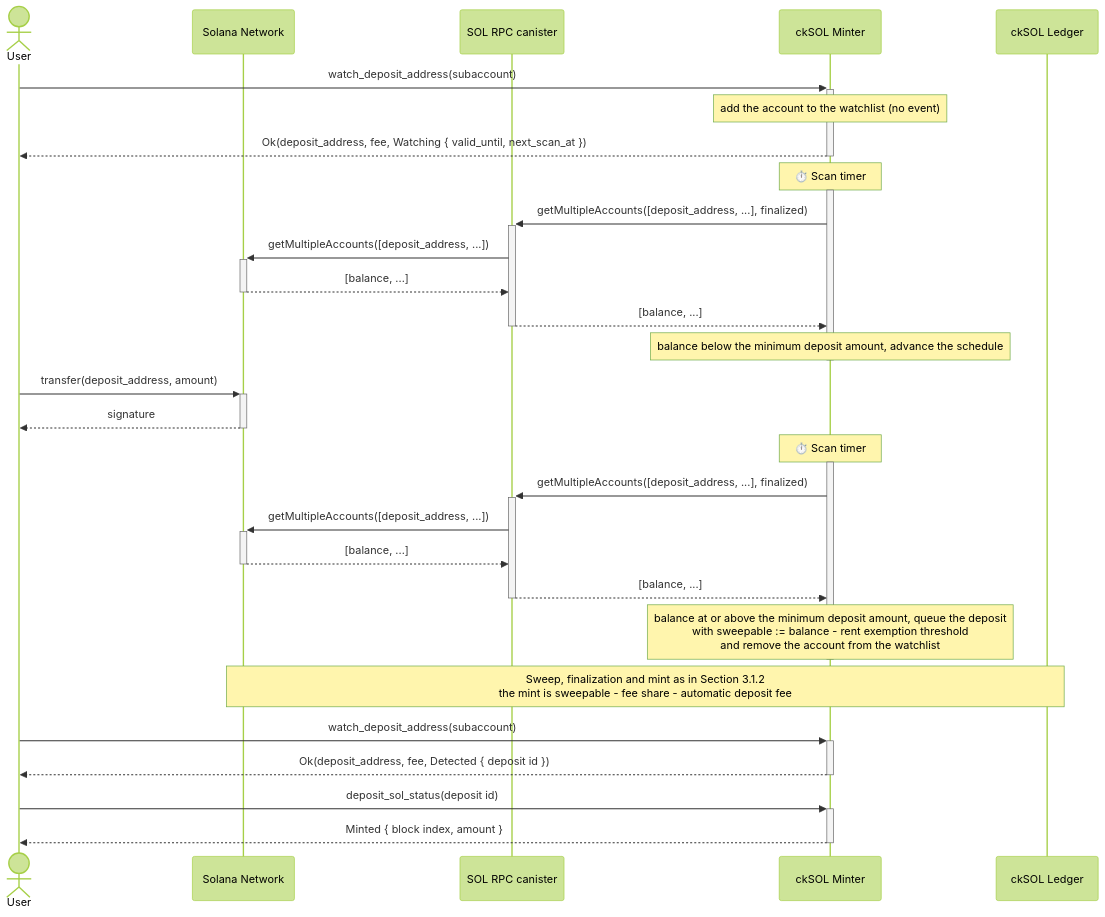
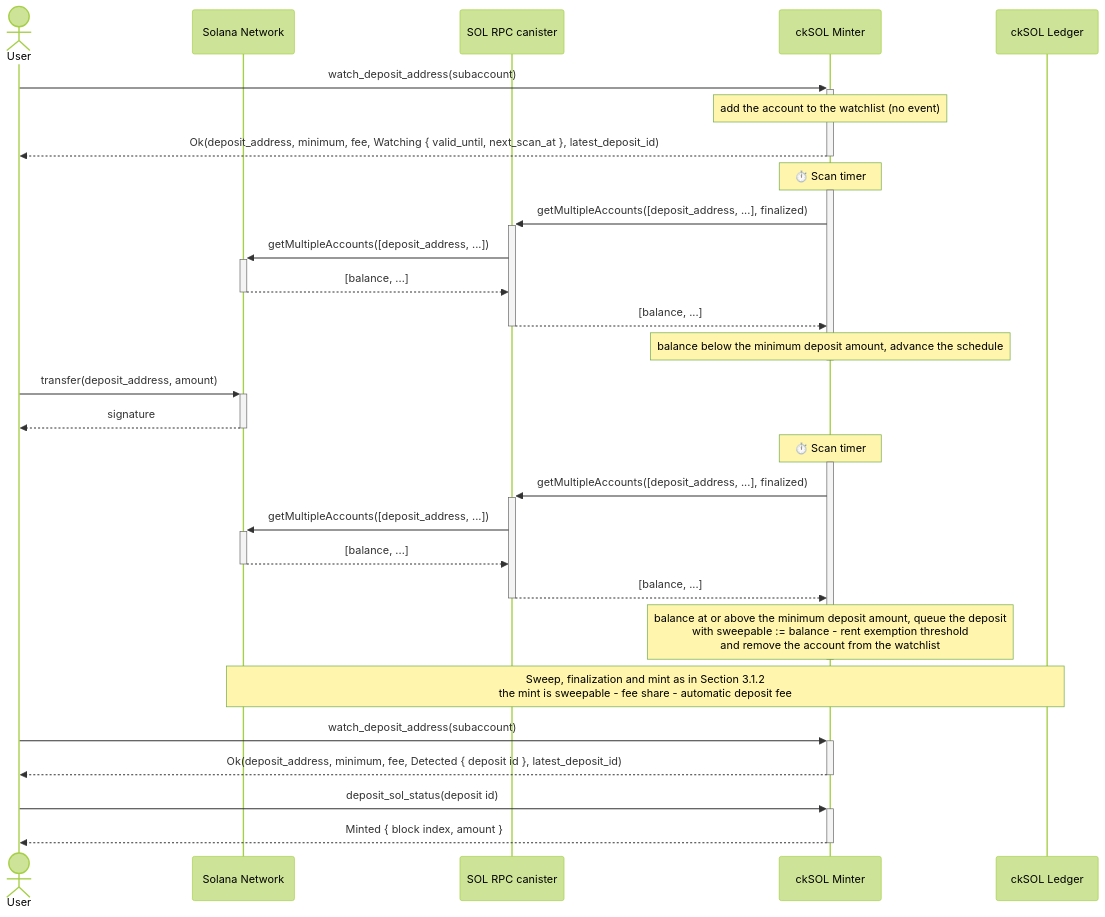
The second of 9 diagrams in docs/src/development/design.md (dfinity/cksol), drawn with Mermaid (forest theme) before and after one commit. The commit also changed other lines of this file, not shown here.

Commit message:
docs(design): align the diagram, the delay sentence and the minimum example with the automatic flow

````diff
--- a/docs/src/development/design.md
+++ b/docs/src/development/design.md
@@ -93,40 +93,40 @@
 ```mermaid
 sequenceDiagram
     actor User
     participant Solana as Solana Network
     participant RPC as SOL RPC canister
     participant Minter as ckSOL Minter
     participant Ledger as ckSOL Ledger
 
     User->>+Minter: watch_deposit_address(subaccount)
     Note over Minter: add the account to the watchlist (no event)
-    Minter-->>-User: Ok(deposit_address, fee, Watching { valid_until, next_scan_at })
+    Minter-->>-User: Ok(deposit_address, minimum, fee, Watching { valid_until, next_scan_at }, latest_deposit_id)
 
     Note over Minter: ⏱️ Scan timer
     activate Minter
     Minter->>+RPC: getMultipleAccounts([deposit_address, ...], finalized)
     RPC->>+Solana: getMultipleAccounts([deposit_address, ...])
     Solana-->>-RPC: [balance, ...]
     RPC-->>-Minter: [balance, ...]
     Note over Minter: balance below the minimum deposit amount, advance the schedule
     deactivate Minter
 
     User->>+Solana: transfer(deposit_address, amount)
     Solana-->>-User: signature
 
     Note over Minter: ⏱️ Scan timer
     activate Minter
     Minter->>+RPC: getMultipleAccounts([deposit_address, ...], finalized)
     RPC->>+Solana: getMultipleAccounts([deposit_address, ...])
     Solana-->>-RPC: [balance, ...]
     RPC-->>-Minter: [balance, ...]
     Note over Minter: balance at or above the minimum deposit amount, queue the deposit<br/>with sweepable := balance - rent exemption threshold<br/>and remove the account from the watchlist
     deactivate Minter
 
     Note over Solana,Ledger: Sweep, finalization and mint as in Section 3.1.2<br/>the mint is sweepable - fee share - automatic deposit fee
 
     User->>+Minter: watch_deposit_address(subaccount)
-    Minter-->>-User: Ok(deposit_address, fee, Detected { deposit id })
+    Minter-->>-User: Ok(deposit_address, minimum, fee, Detected { deposit id }, latest_deposit_id)
     User->>+Minter: deposit_sol_status(deposit id)
     Minter-->>-User: Minted { block index, amount }
 ```
````
